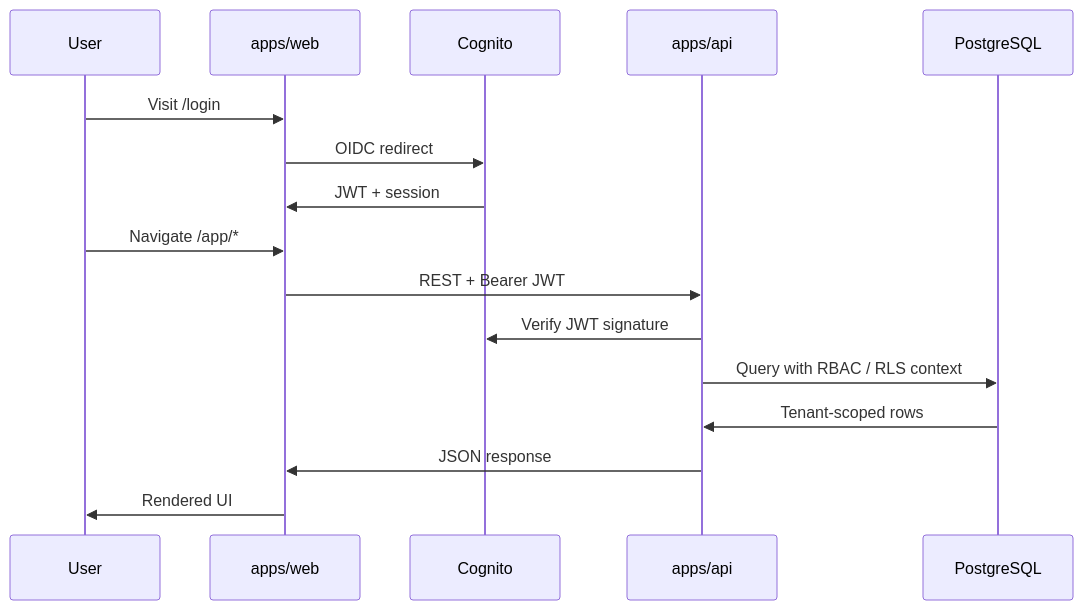
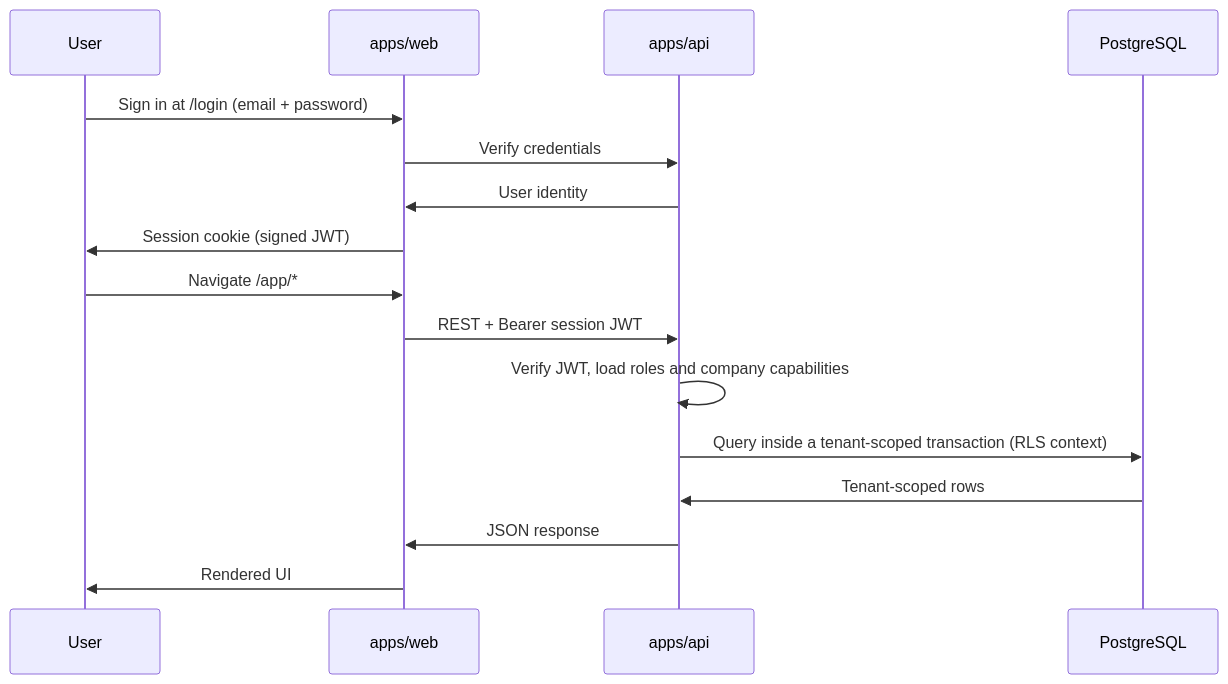
The second of 4 diagrams in docs/technical-overview.md (saifookhan/previo-schuco), drawn with Mermaid before and after one commit. The commit also changed other lines of this file and 43 other files, not shown here.

````diff
--- a/docs/technical-overview.md
+++ b/docs/technical-overview.md
@@ -79,19 +71,19 @@
 ```mermaid
 sequenceDiagram
   participant U as User
   participant W as apps/web
-  participant C as Cognito
   participant A as apps/api
   participant D as PostgreSQL
 
-  U->>W: Visit /login
-  W->>C: OIDC redirect
-  C->>W: JWT + session
+  U->>W: Sign in at /login (email + password)
+  W->>A: Verify credentials
+  A->>W: User identity
+  W->>U: Session cookie (signed JWT)
   U->>W: Navigate /app/*
-  W->>A: REST + Bearer JWT
-  A->>C: Verify JWT signature
-  A->>D: Query with RBAC / RLS context
+  W->>A: REST + Bearer session JWT
+  A->>A: Verify JWT, load roles and company capabilities
+  A->>D: Query inside a tenant-scoped transaction (RLS context)
   D->>A: Tenant-scoped rows
   A->>W: JSON response
   W->>U: Rendered UI
 ```
````
